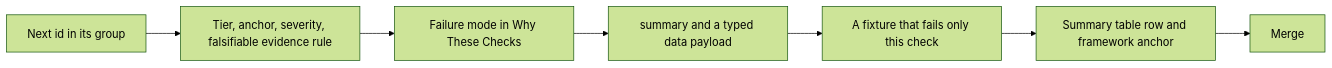
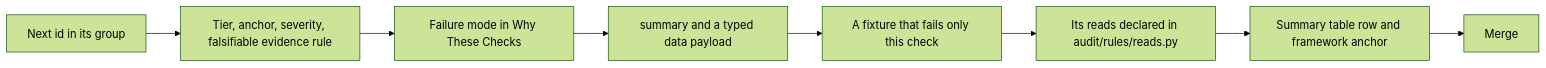
The diagram in audit/engine/docs/architecture/contributor-deep-dive/02-check-catalogue.md (Nistapp/codebase-agentic-readiness-framework), drawn with Mermaid (forest theme) before and after one commit. The commit also changed other lines of this file and 4 other files, not shown here.

````diff
--- a/audit/engine/docs/architecture/contributor-deep-dive/02-check-catalogue.md
+++ b/audit/engine/docs/architecture/contributor-deep-dive/02-check-catalogue.md
@@ -243,9 +243,10 @@
 ```mermaid
 flowchart LR
     A["Next id in its group"] --> B["Tier, anchor, severity, falsifiable evidence rule"]
     B --> C["Failure mode in Why These Checks"]
     C --> D["summary and a typed data payload"]
     D --> E["A fixture that fails only this check"]
-    E --> F["Summary table row and framework anchor"]
+    E --> R["Its reads declared in audit/rules/reads.py"]
+    R --> F["Summary table row and framework anchor"]
     F --> G["Merge"]
 ```
````
